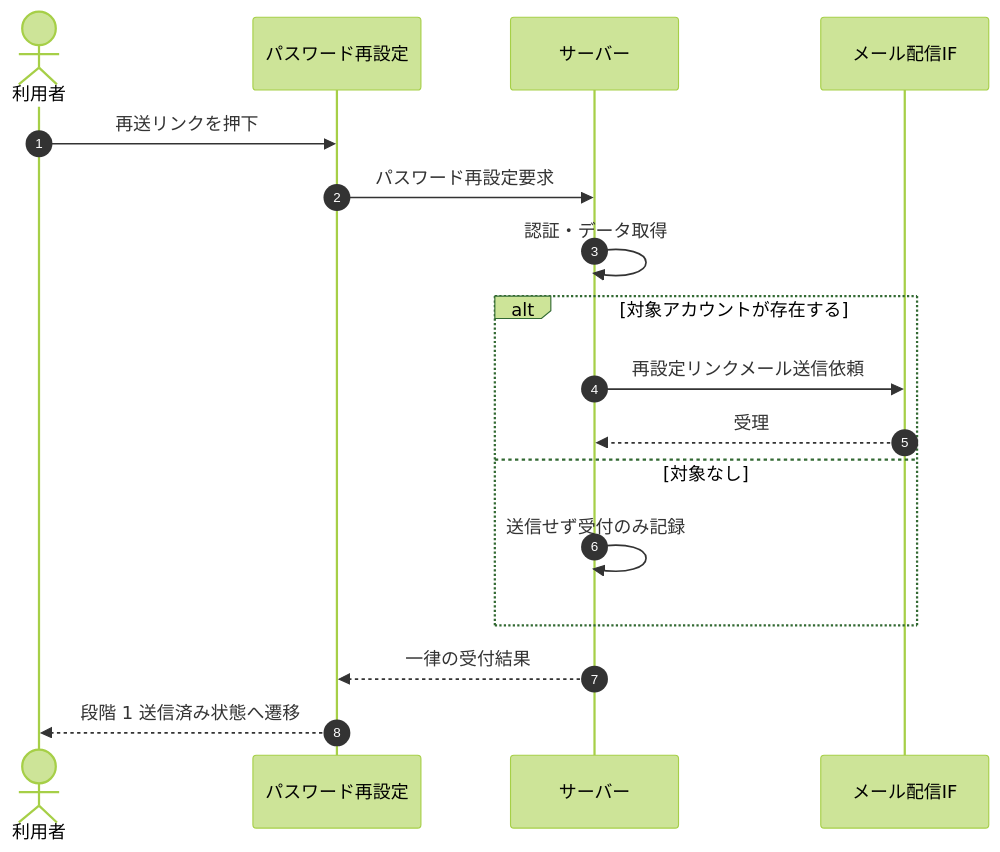
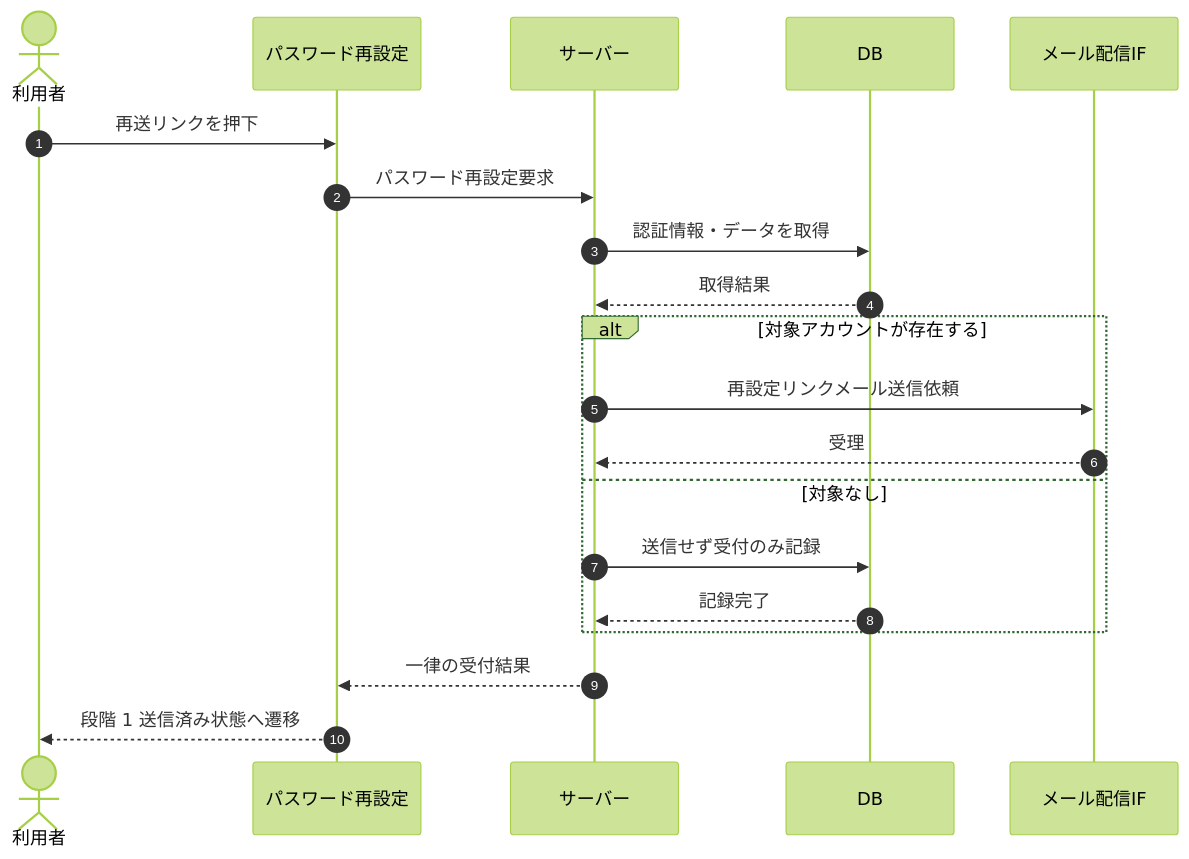
The diagram in 02_basic_design/03_sequences/SEQ-007.md (sikakou54/open-faq), drawn with Mermaid (forest theme) before and after one commit. The commit also changed other lines of this file and 122 other files, not shown here.

First line of the commit message:
シーケンス図に DB アクターを追加(DB 操作をサーバー自己メッセージから分離)

````diff
--- a/02_basic_design/03_sequences/SEQ-007.md
+++ b/02_basic_design/03_sequences/SEQ-007.md
@@ -26,19 +26,22 @@
 ```mermaid
 sequenceDiagram
   autonumber
   actor U as 利用者
   participant Screen as パスワード再設定
   participant Server as サーバー
+  participant DB as DB
   participant MAIL as メール配信IF
   U->>Screen: 再送リンクを押下
   Screen->>Server: パスワード再設定要求
-  Server->>Server: 認証・データ取得
+  Server->>DB: 認証情報・データを取得
+  DB-->>Server: 取得結果
   alt 対象アカウントが存在する
     Server->>MAIL: 再設定リンクメール送信依頼
     MAIL-->>Server: 受理
   else 対象なし
-    Server->>Server: 送信せず受付のみ記録
+    Server->>DB: 送信せず受付のみ記録
+    DB-->>Server: 記録完了
   end
   Server-->>Screen: 一律の受付結果
   Screen-->>U: 段階 1 送信済み状態へ遷移
 ```
````
